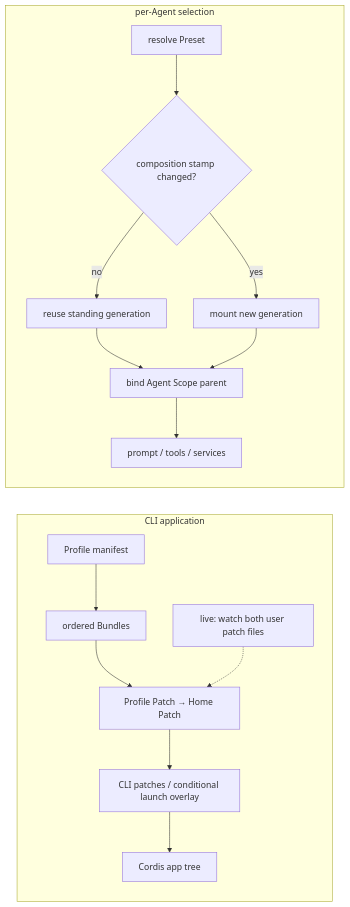
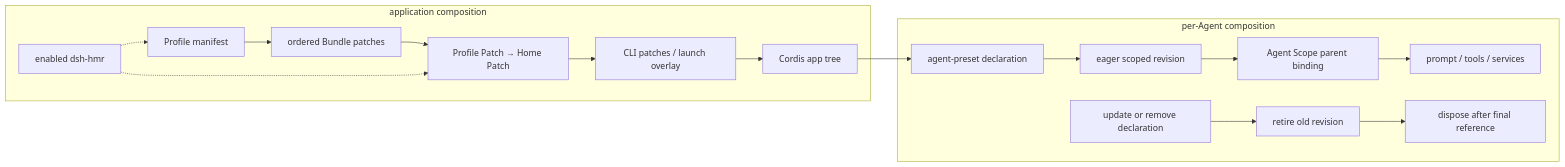
One commit to yang0228/deepseek-harness-analysis changed the diagram in docs/deep-dives/profiles-bundles-presets.md. Above: the diagram before and after it, drawn with Mermaid. The commit also changed other lines of this file and 42 other files, not shown here.

````diff
--- a/docs/deep-dives/profiles-bundles-presets.md
+++ b/docs/deep-dives/profiles-bundles-presets.md
@@ -47,15 +47,15 @@
 ```mermaid
 flowchart LR
-  subgraph App["CLI application"]
-    Manifest["Profile manifest"] --> Bundles["ordered Bundles"] --> User["Profile Patch → Home Patch"] --> CLI["CLI patches / conditional launch overlay"] --> Tree["Cordis app tree"]
-    Watch["live: watch both user patch files"] -.-> User
+  subgraph App["application composition"]
+    Manifest["Profile manifest"] --> Bundles["ordered Bundle patches"] --> User["Profile Patch → Home Patch"] --> CLI["CLI patches / launch overlay"] --> Tree["Cordis app tree"]
+    HMR["enabled dsh-hmr"] -.-> Manifest
+    HMR -.-> User
   end
-  subgraph Session["per-Agent selection"]
-    Resolve["resolve Preset"] --> Stamp{"composition stamp changed?"}
-    Stamp -->|no| Reuse["reuse standing generation"]
-    Stamp -->|yes| Mount["mount new generation"]
-    Reuse --> Bind["bind Agent Scope parent"]
-    Mount --> Bind
-    Bind --> Capabilities["prompt / tools / services"]
+  subgraph Agent["per-Agent composition"]
+    Definition["agent-preset declaration"] --> Mount["eager scoped revision"]
+    Mount --> Bind["Agent Scope parent binding"] --> Capabilities["prompt / tools / services"]
+    Update["update or remove declaration"] --> Retire["retire old revision"]
+    Retire --> Release["dispose after final reference"]
   end
+  Tree --> Definition
 ```
````
